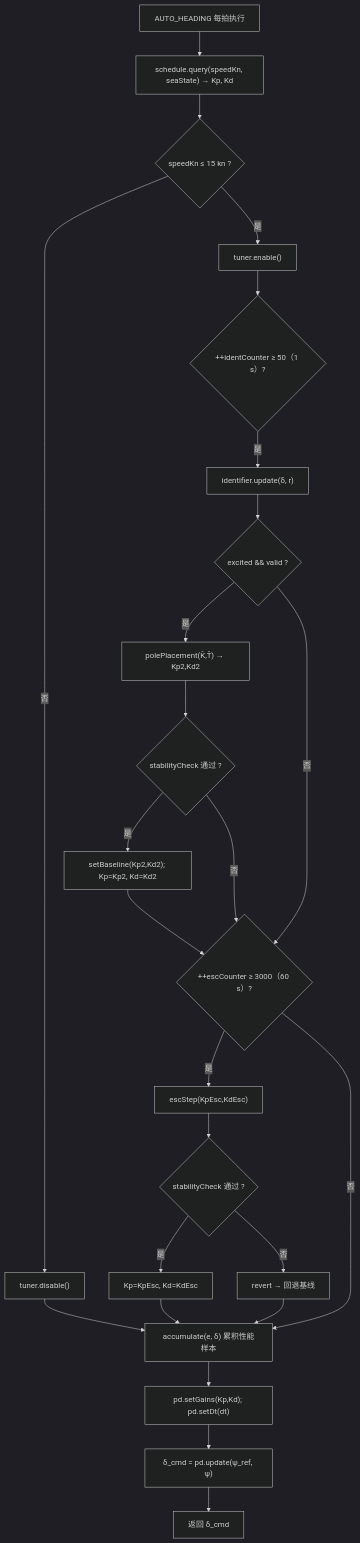
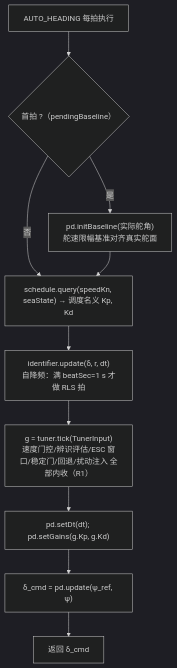
One commit to jimaka/auto_rudder changed diagram 13 of 19 in 软件设计与架构文档.md. Above: the diagram before and after it, drawn with Mermaid (dark theme). The commit also changed other lines of this file and 15 other files, not shown here.

````diff
--- a/软件设计与架构文档.md
+++ b/软件设计与架构文档.md
@@ -456,28 +587,12 @@
 ```mermaid
 flowchart TD
-    S["AUTO_HEADING 每拍执行"] --> Q["schedule.query(speedKn, seaState) → Kp, Kd"]
-    Q --> D{"speedKn ≤ 15 kn ?"}
-    D -- 否 --> D1["tuner.disable()"]
-    D -- 是 --> D2["tuner.enable()"]
-    D2 --> I{"++identCounter ≥ 50（1 s）?"}
-    I -- 是 --> I2["identifier.update(δ, r)"]
-    I2 --> I3{"excited && valid ?"}
-    I3 -- 是 --> I4["polePlacement(K̂,T̂) → Kp2,Kd2"]
-    I4 --> I5{"stabilityCheck 通过 ?"}
-    I5 -- 是 --> I6["setBaseline(Kp2,Kd2); Kp=Kp2, Kd=Kd2"]
-    I6 --> E{"++escCounter ≥ 3000（60 s）?"}
-    I3 -- 否 --> E
-    I5 -- 否 --> E
-    E -- 是 --> E2["escStep(KpEsc,KdEsc)"]
-    E2 --> E3{"stabilityCheck 通过 ?"}
-    E3 -- 是 --> E4["Kp=KpEsc, Kd=KdEsc"]
-    E3 -- 否 --> E5["revert → 回退基线"]
-    E4 --> OUT
-    E5 --> OUT
-    D1 --> OUT
-    E -- 否 --> OUT
-    OUT["accumulate(e, δ) 累积性能样本"]
-    OUT --> P["pd.setGains(Kp,Kd); pd.setDt(dt)"]
+    S["AUTO_HEADING 每拍执行"] --> B{"首拍 ?（pendingBaseline）"}
+    B -- 是 --> B1["pd.initBaseline(实际舵角)<br/>舵速限幅基准对齐真实舵面"]
+    B -- 否 --> Q
+    B1 --> Q["schedule.query(speedKn, seaState) → 调度名义 Kp, Kd"]
+    Q --> I["identifier.update(δ, r, dt)<br/>自降频：满 beatSec=1 s 才做 RLS 拍"]
+    I --> T["g = tuner.tick(TunerInput)<br/>速度门控/辨识评估/ESC 窗口/稳定门/回退/扰动注入 全部内收（R1）"]
+    T --> P["pd.setDt(dt); pd.setGains(g.Kp, g.Kd)"]
     P --> R["δ_cmd = pd.update(ψ_ref, ψ)"]
     R --> END["返回 δ_cmd"]
 ```
````
